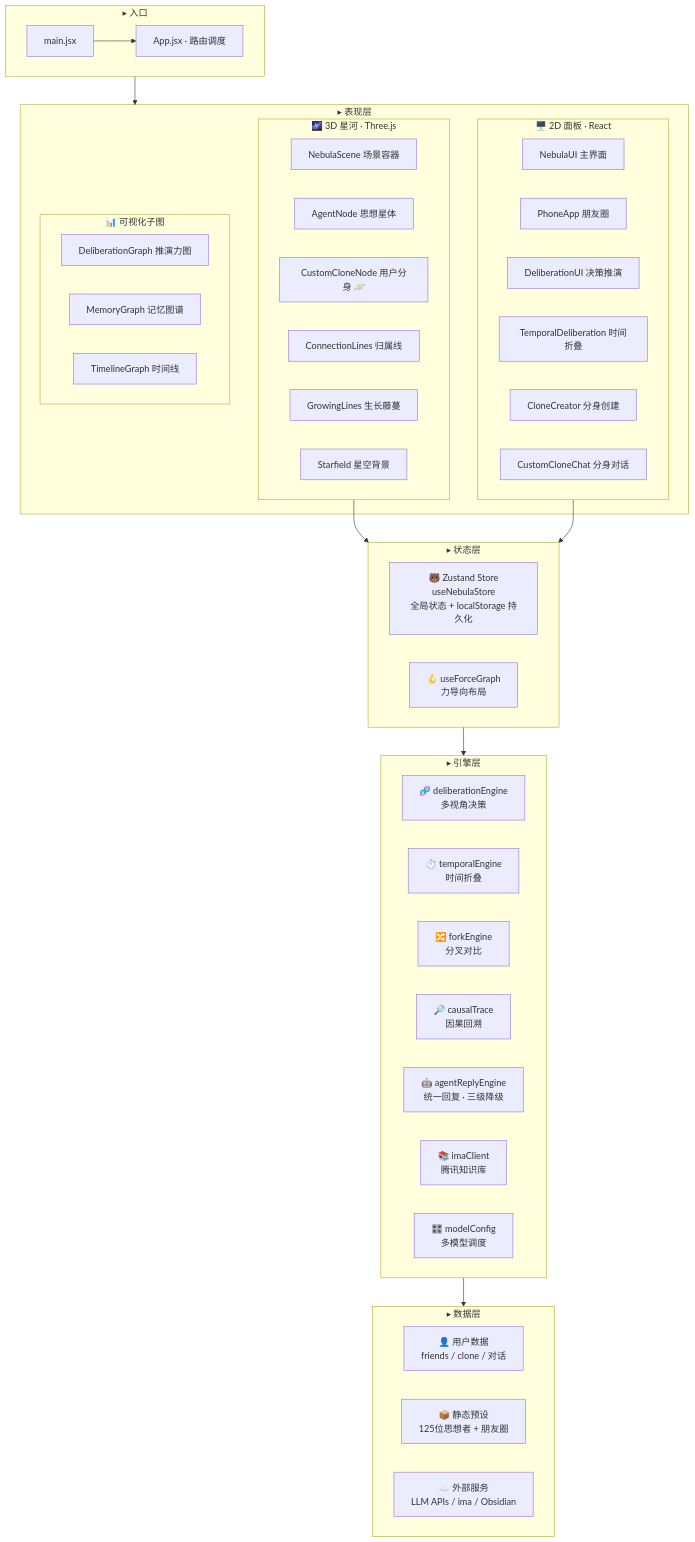
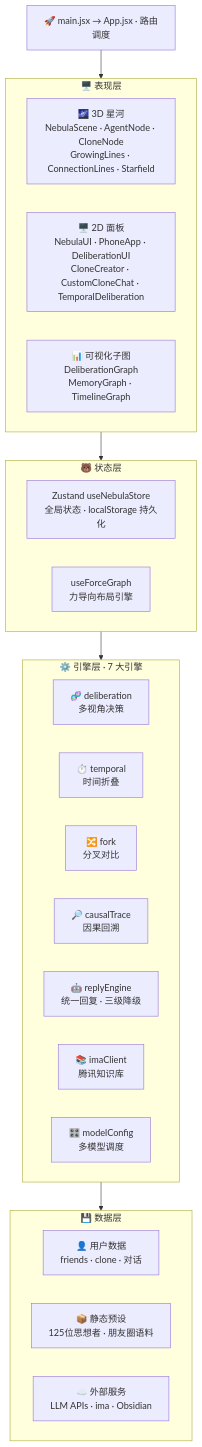
Before and after one commit to zhouzengxian/foldneb: the diagram in README.md, drawn with Mermaid.

Commit message:
docs: Mermaid架构图重排 - 扁平4层+方向LR+节点均衡

````diff
--- a/README.md
+++ b/README.md
@@ -11,56 +11,42 @@
 ```mermaid
 graph TB
-    subgraph ENTRY["▸ 入口"]
-        MAIN["main.jsx"] --> APP["App.jsx · 路由调度"]
+    ENTRY["🚀 main.jsx → App.jsx · 路由调度"]
+
+    ENTRY --> L1
+
+    subgraph L1["🖥️ 表现层"]
+        direction LR
+        N1["🌌 3D 星河<br/>NebulaScene · AgentNode · CloneNode<br/>GrowingLines · ConnectionLines · Starfield"]
+        N2["🖥️ 2D 面板<br/>NebulaUI · PhoneApp · DeliberationUI<br/>CloneCreator · CustomCloneChat · TemporalDeliberation"]
+        N3["📊 可视化子图<br/>DeliberationGraph<br/>MemoryGraph · TimelineGraph"]
     end
 
-    subgraph UI["▸ 表现层"]
-        subgraph SCENE["🌌 3D 星河 · Three.js"]
-            NScene["NebulaScene 场景容器"]
-            ANode["AgentNode 思想星体"]
-            CNode["CustomCloneNode 用户分身 🪐"]
-            CLines["ConnectionLines 归属线"]
-            GLines["GrowingLines 生长藤蔓"]
-            Star["Starfield 星空背景"]
-        end
-        subgraph PANELS["🖥️ 2D 面板 · React"]
-            NUI["NebulaUI 主界面"]
-            Phone["PhoneApp 朋友圈"]
-            Delib["DeliberationUI 决策推演"]
-            Temp["TemporalDeliberation 时间折叠"]
-            Clone["CloneCreator 分身创建"]
-            Chat["CustomCloneChat 分身对话"]
-        end
-        subgraph VIZ["📊 可视化子图"]
-            DGraph["DeliberationGraph 推演力图"]
-            MGraph["MemoryGraph 记忆图谱"]
-            TGraph["TimelineGraph 时间线"]
-        end
+    L1 --> L2
+
+    subgraph L2["🐻 状态层"]
+        S1["Zustand useNebulaStore<br/>全局状态 · localStorage 持久化"]
+        S2["useForceGraph<br/>力导向布局引擎"]
     end
 
-    subgraph STATE["▸ 状态层"]
-        Store["🐻 Zustand Store<br/>useNebulaStore<br/>全局状态 + localStorage 持久化"]
-        Hook["🪝 useForceGraph<br/>力导向布局"]
+    L2 --> L3
+
+    subgraph L3["⚙️ 引擎层 · 7 大引擎"]
+        direction LR
+        E1["🧬 deliberation<br/>多视角决策"]
+        E2["⏱️ temporal<br/>时间折叠"]
+        E3["🔀 fork<br/>分叉对比"]
+        E4["🔎 causalTrace<br/>因果回溯"]
+        E5["🤖 replyEngine<br/>统一回复 · 三级降级"]
+        E6["📚 imaClient<br/>腾讯知识库"]
+        E7["🎛️ modelConfig<br/>多模型调度"]
     end
 
-    subgraph ENGINE["▸ 引擎层"]
-        DE["🧬 deliberationEngine<br/>多视角决策"]
-        TE["⏱️ temporalEngine<br/>时间折叠"]
-        FE["🔀 forkEngine<br/>分叉对比"]
-        CT["🔎 causalTrace<br/>因果回溯"]
-        ARE["🤖 agentReplyEngine<br/>统一回复 · 三级降级"]
-        IMA["📚 imaClient<br/>腾讯知识库"]
-        MC["🎛️ modelConfig<br/>多模型调度"]
+    L3 --> L4
+
+    subgraph L4["💾 数据层"]
+        direction LR
+        D1["👤 用户数据<br/>friends · clone · 对话"]
+        D2["📦 静态预设<br/>125位思想者 · 朋友圈语料"]
+        D3["☁️ 外部服务<br/>LLM APIs · ima · Obsidian"]
     end
-
-    subgraph DATA["▸ 数据层"]
-        USER["👤 用户数据<br/>friends / clone / 对话"]
-        STATIC["📦 静态预设<br/>125位思想者 + 朋友圈"]
-        EXT["☁️ 外部服务<br/>LLM APIs / ima / Obsidian"]
-    end
-
-    ENTRY --> UI
-    SCENE & PANELS --> STATE
-    STATE --> ENGINE
-    ENGINE --> DATA
 ```
````
